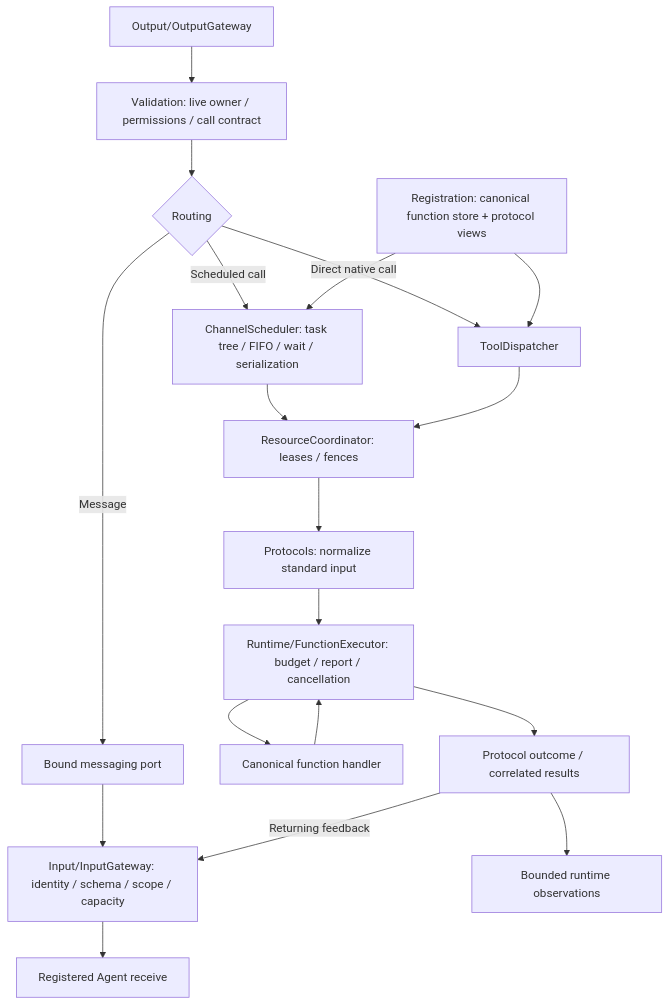
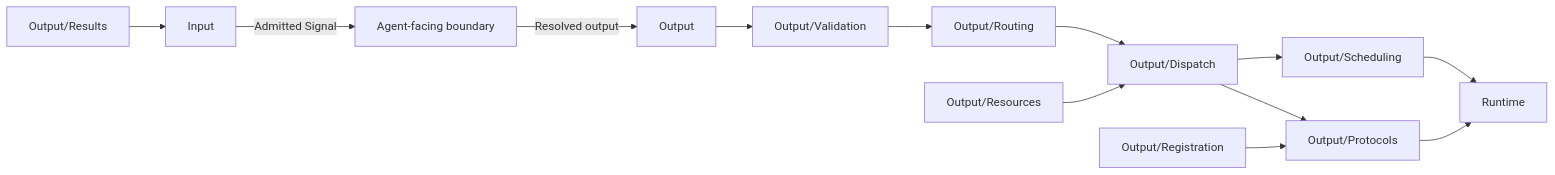
Before and after one commit to devilyouwei/MobileHarness: the second of 2 diagrams in MobileHarness/Gateway/README.md, drawn with Mermaid. The commit also changed other lines of this file and 116 other files, not shown here.

````diff
--- a/MobileHarness/Gateway/README.md
+++ b/MobileHarness/Gateway/README.md
@@ -35,21 +27,15 @@
 ```mermaid
-flowchart TB
-    Input[Input/InputGateway: identity / schema / scope / capacity] --> Receive[Registered Agent receive]
-    Output[Output/OutputGateway] --> Validate[Validation: live owner / permissions / call contract]
-    Validate --> Route{Routing}
-    Route -->|Message| Messaging[Bound messaging port]
-    Messaging --> Input
-    Route -->|Scheduled call| Scheduler[ChannelScheduler: task tree / FIFO / wait / serialization]
-    Route -->|Direct native call| Direct[ToolDispatcher]
-    Bindings[Registration: canonical function store + protocol views] --> Scheduler
-    Bindings --> Direct
-    Scheduler --> Guard[ResourceCoordinator: leases / fences]
-    Direct --> Guard
-    Guard --> Protocols[Protocols: normalize standard input]
-    Protocols --> Executor[Runtime/FunctionExecutor: budget / report / cancellation]
-    Executor --> Handler[Canonical function handler]
-    Handler --> Executor
-    Executor --> Outcome[Protocol outcome / correlated results]
-    Outcome -->|Returning feedback| Input
-    Outcome --> Observation[Bounded runtime observations]
+flowchart LR
+ Input -->|Admitted Signal| Consumer[Agent-facing boundary]
+ Consumer -->|Resolved output| Output
+ Output --> Validation[Output/Validation]
+ Validation --> Routing[Output/Routing]
+ Routing --> Dispatch[Output/Dispatch]
+ Dispatch --> Scheduling[Output/Scheduling]
+ Dispatch --> Protocols[Output/Protocols]
+ Scheduling --> Runtime
+ Protocols --> Runtime
+ Registration[Output/Registration] --> Protocols
+ Resources[Output/Resources] --> Dispatch
+ Results[Output/Results] --> Input
 ```
````
